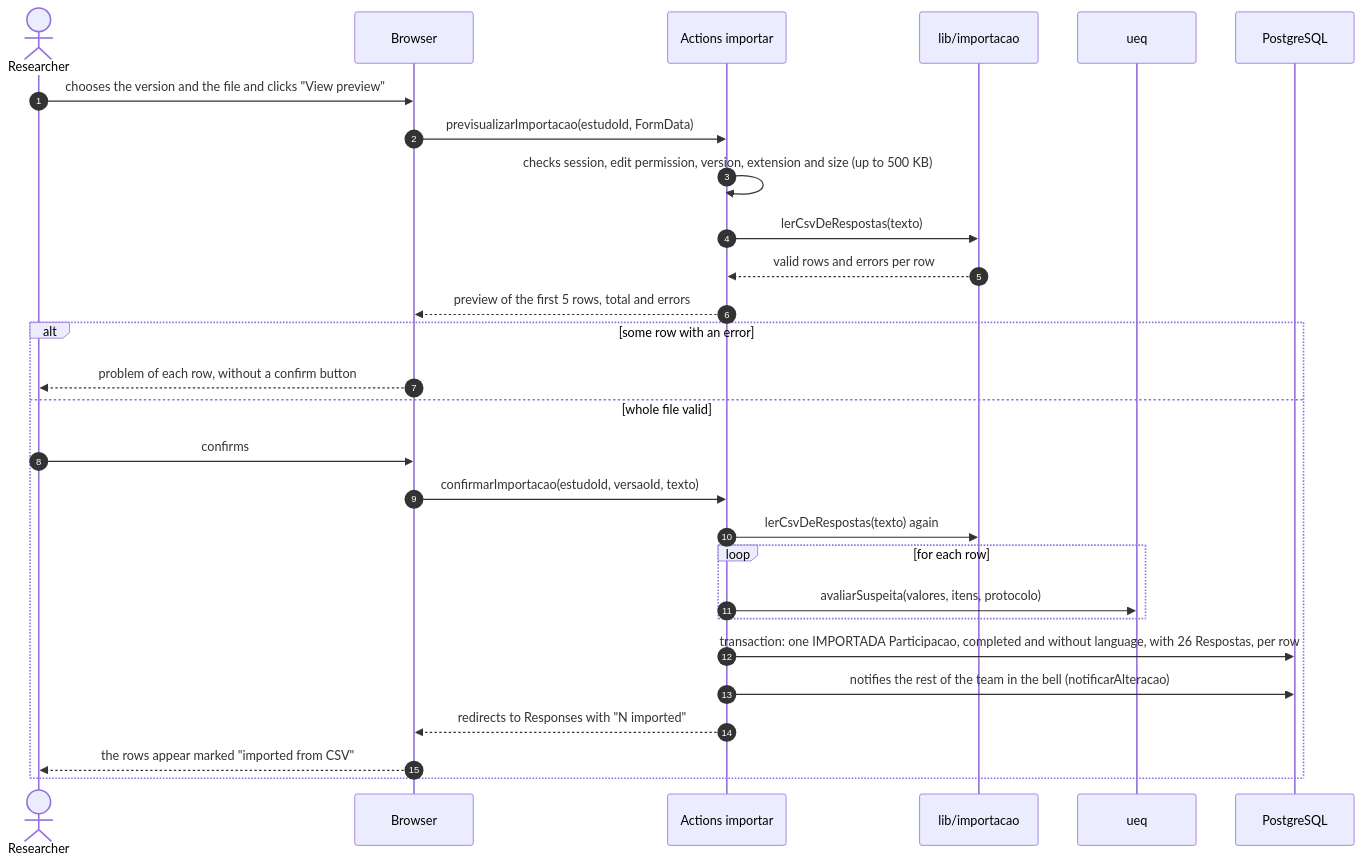
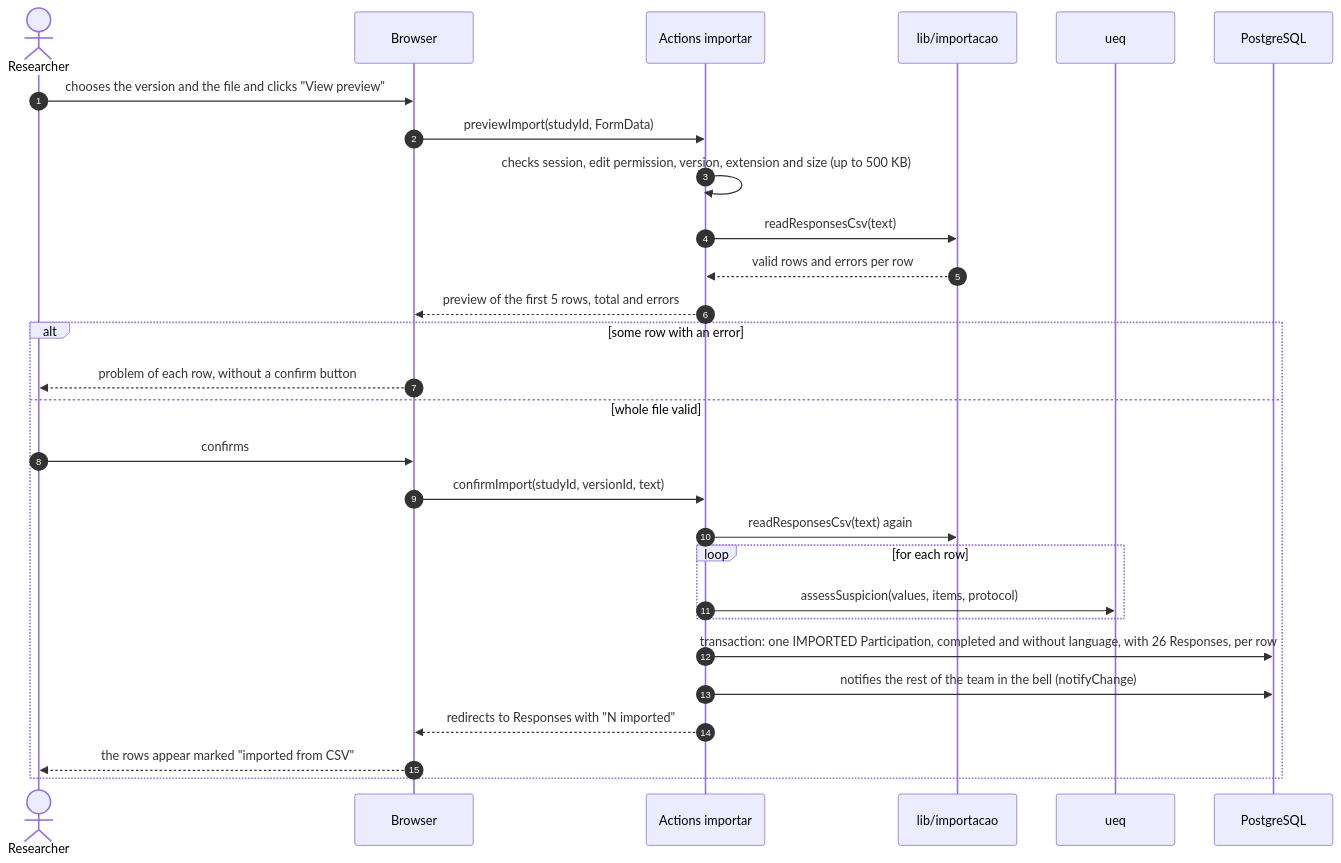
The sixth of 8 diagrams in docs/documentacao/diagramas-de-sequencia.md (gabrielfjm/ueq_form_ihc), drawn with Mermaid before and after one commit. The commit also changed other lines of this file and 50 other files, not shown here.

First line of the commit message:
deixa os diagramas inteiramente em inglês, também nos nomes das classes, tabelas e estados

````diff
--- a/docs/documentacao/diagramas-de-sequencia.md
+++ b/docs/documentacao/diagramas-de-sequencia.md
@@ -275,31 +275,31 @@
 ```mermaid
 sequenceDiagram
     autonumber
     actor Pesq as Researcher
     participant Nav as Browser
     participant Acao as Actions importar
     participant Imp as lib/importacao
     participant Ueq as ueq
     participant BD as PostgreSQL
 
     Pesq->>Nav: chooses the version and the file and clicks "View preview"
-    Nav->>Acao: previsualizarImportacao(estudoId, FormData)
+    Nav->>Acao: previewImport(studyId, FormData)
     Acao->>Acao: checks session, edit permission, version, extension and size (up to 500 KB)
-    Acao->>Imp: lerCsvDeRespostas(texto)
+    Acao->>Imp: readResponsesCsv(text)
     Imp-->>Acao: valid rows and errors per row
     Acao-->>Nav: preview of the first 5 rows, total and errors
     alt some row with an error
         Nav-->>Pesq: problem of each row, without a confirm button
     else whole file valid
         Pesq->>Nav: confirms
-        Nav->>Acao: confirmarImportacao(estudoId, versaoId, texto)
-        Acao->>Imp: lerCsvDeRespostas(texto) again
+        Nav->>Acao: confirmImport(studyId, versionId, text)
+        Acao->>Imp: readResponsesCsv(text) again
         loop for each row
-            Acao->>Ueq: avaliarSuspeita(valores, itens, protocolo)
+            Acao->>Ueq: assessSuspicion(values, items, protocol)
         end
-        Acao->>BD: transaction: one IMPORTADA Participacao, completed and without language, with 26 Respostas, per row
-        Acao->>BD: notifies the rest of the team in the bell (notificarAlteracao)
+        Acao->>BD: transaction: one IMPORTED Participation, completed and without language, with 26 Responses, per row
+        Acao->>BD: notifies the rest of the team in the bell (notifyChange)
         Acao-->>Nav: redirects to Responses with "N imported"
         Nav-->>Pesq: the rows appear marked "imported from CSV"
     end
 ```
````
